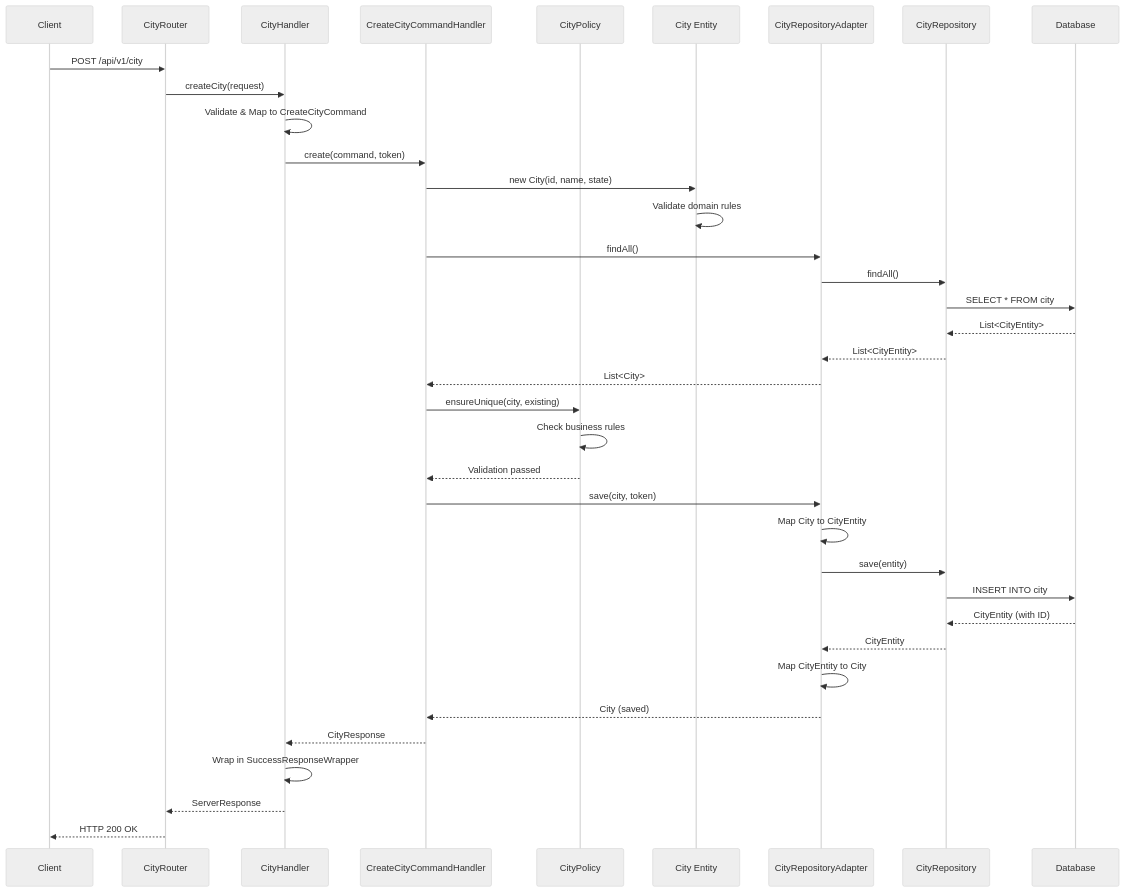
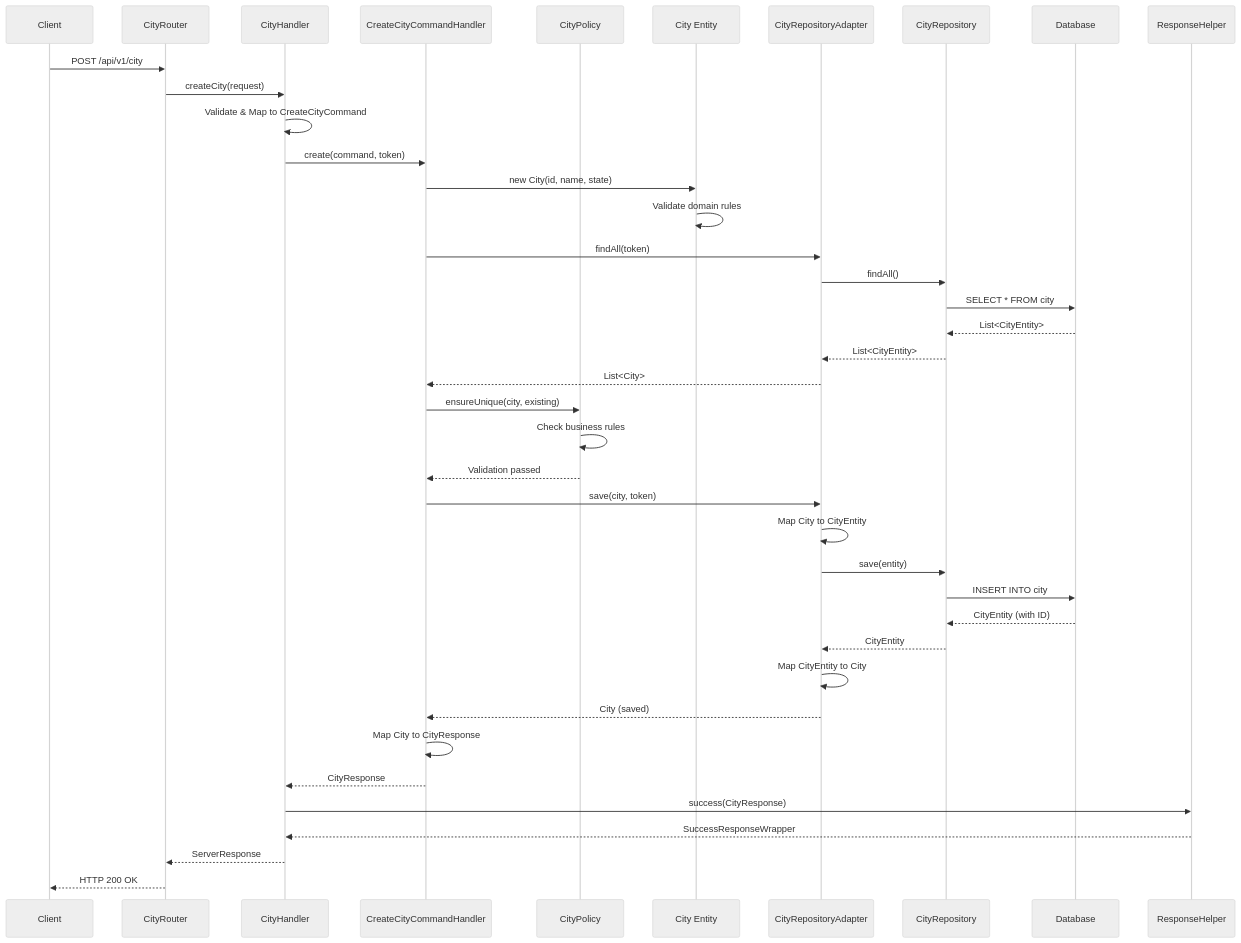
One commit to rajib-reea/spring-hexagonal-pjt changed the second of 3 diagrams in Architecture.md. Above: the diagram before and after it, drawn with Mermaid (neutral theme). The commit also changed other lines of this file, not shown here.

Commit message:
Update Architecture.md: fix Infrastructure REST layer and sequence diagrams

````diff
--- a/Architecture.md
+++ b/Architecture.md
@@ -208,40 +207,43 @@
 ```mermaid
 sequenceDiagram
     participant C as Client
     participant R as CityRouter
     participant H as CityHandler
     participant S as CreateCityCommandHandler
     participant P as CityPolicy
     participant City as City Entity
     participant A as CityRepositoryAdapter
     participant Repo as CityRepository
     participant DB as Database
+    participant Helper as ResponseHelper
 
     C->>R: POST /api/v1/city
     R->>H: createCity(request)
     H->>H: Validate & Map to CreateCityCommand
     H->>S: create(command, token)
     S->>City: new City(id, name, state)
     City->>City: Validate domain rules
-    S->>A: findAll()
+    S->>A: findAll(token)
     A->>Repo: findAll()
     Repo->>DB: SELECT * FROM city
     DB-->>Repo: List<CityEntity>
     Repo-->>A: List<CityEntity>
     A-->>S: List<City>
     S->>P: ensureUnique(city, existing)
     P->>P: Check business rules
     P-->>S: Validation passed
     S->>A: save(city, token)
     A->>A: Map City to CityEntity
     A->>Repo: save(entity)
     Repo->>DB: INSERT INTO city
     DB-->>Repo: CityEntity (with ID)
     Repo-->>A: CityEntity
     A->>A: Map CityEntity to City
     A-->>S: City (saved)
+    S->>S: Map City to CityResponse
     S-->>H: CityResponse
-    H->>H: Wrap in SuccessResponseWrapper
+    H->>Helper: success(CityResponse)
+    Helper-->>H: SuccessResponseWrapper
     H-->>R: ServerResponse
     R-->>C: HTTP 200 OK
 ```
````
